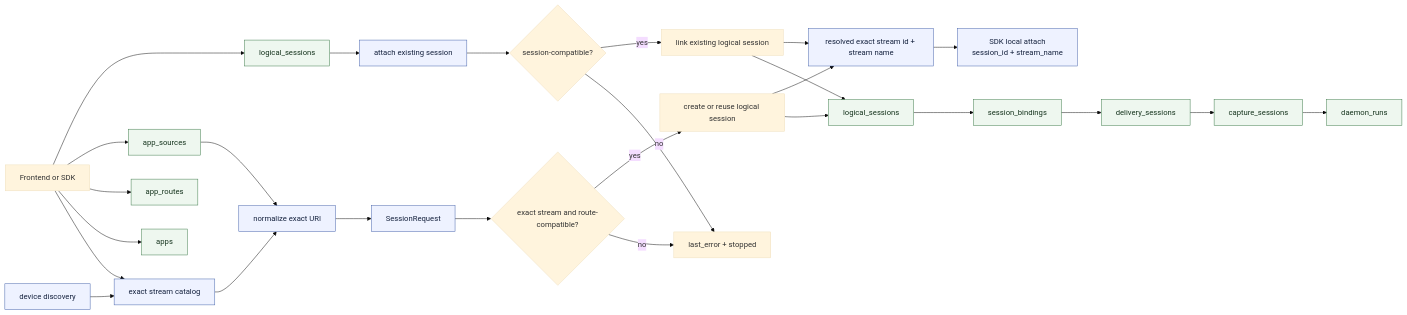
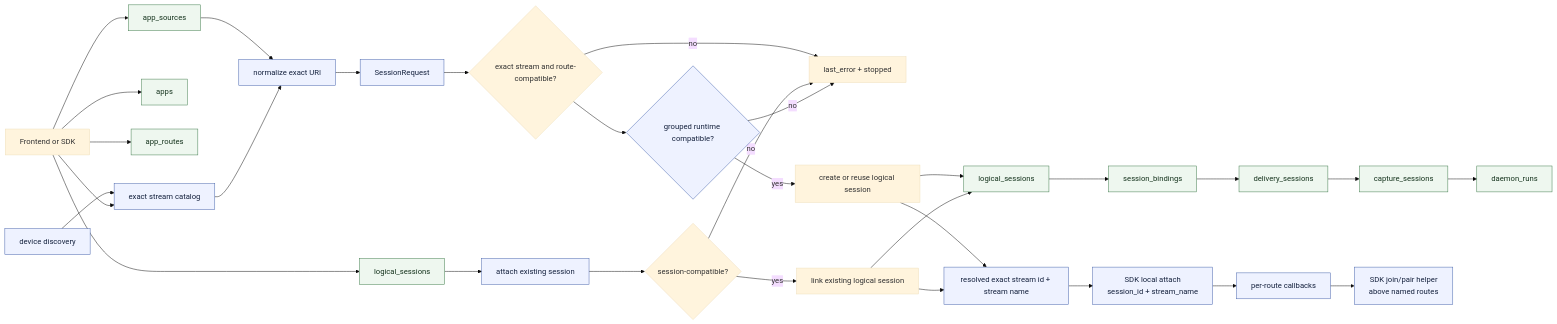
The diagram in docs/diagram/intent-routing-runtime.md (YixinZ-NUS/insight-io), drawn with Mermaid (base theme) before and after one commit. The commit also changed 9 other files, not shown here.

Commit message:
Clarify grouped routing docs and REST request contracts

````diff
--- a/docs/diagram/intent-routing-runtime.md
+++ b/docs/diagram/intent-routing-runtime.md
@@ -3,36 +3,40 @@
 ```mermaid
 flowchart LR
     Discovery[device discovery] --> Catalog[exact stream catalog]
     UI[Frontend or SDK] --> Catalog
     UI --> Apps[apps]
     UI --> Routes[app_routes]
     UI --> Sources[app_sources]
     UI --> Sessions[logical_sessions]
 
     Sources --> Normalize[normalize exact URI]
     Sessions --> AttachExisting[attach existing session]
     Catalog --> Normalize
     Normalize --> Request[SessionRequest]
     Request --> Validate{exact stream and route-compatible?}
+    Validate --> Grouped{grouped runtime compatible?}
     AttachExisting --> ValidateExisting{session-compatible?}
     Validate -->|no| Reject[last_error + stopped]
     ValidateExisting -->|no| Reject
-    Validate -->|yes| Create[create or reuse logical session]
+    Grouped -->|no| Reject
+    Grouped -->|yes| Create[create or reuse logical session]
     ValidateExisting -->|yes| Link[link existing logical session]
 
     Create --> Logical[logical_sessions]
     Link --> Logical
     Logical --> Bindings[session_bindings]
     Bindings --> Delivery[delivery_sessions]
     Delivery --> Capture[capture_sessions]
     Capture --> Runs[daemon_runs]
 
     Create --> Stream[resolved exact stream id + stream name]
     Link --> Stream
     Stream --> Attach[SDK local attach<br/>session_id + stream_name]
+    Attach --> RouteCallbacks[per-route callbacks]
+    RouteCallbacks --> Join[SDK join/pair helper<br/>above named routes]
 
     classDef durable fill:#eef7ef,stroke:#3d7a4a,color:#17351f;
     classDef runtime fill:#eef2ff,stroke:#4361aa,color:#16233f;
     class Apps,Routes,Sources,Sessions,Logical,Bindings,Delivery,Capture,Runs durable;
-    class Discovery,Catalog,Normalize,Request,AttachExisting,Stream,Attach runtime;
+    class Discovery,Catalog,Normalize,Request,AttachExisting,Stream,Attach,RouteCallbacks,Join,Grouped runtime;
 ```
````
